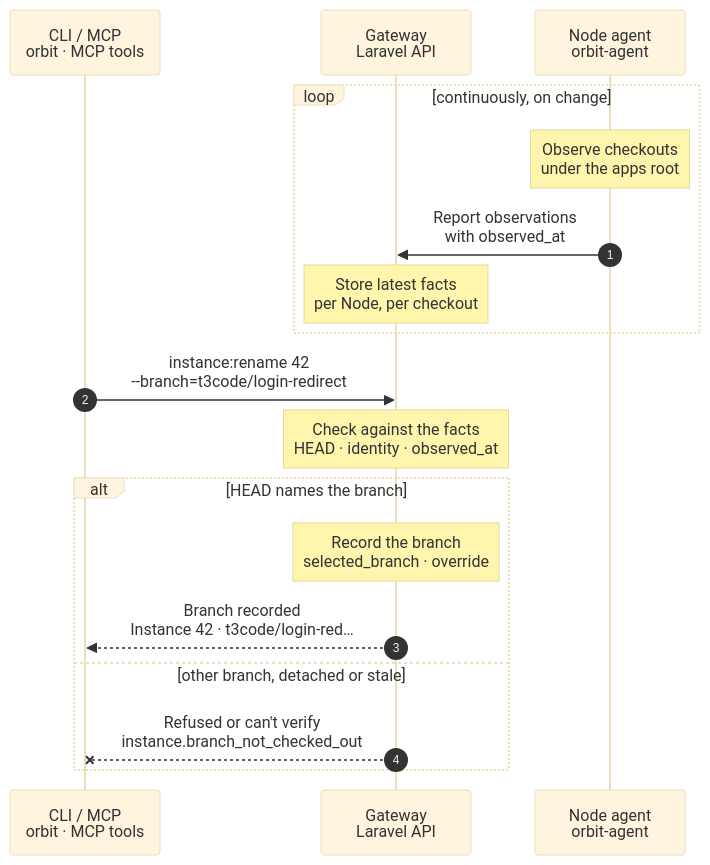
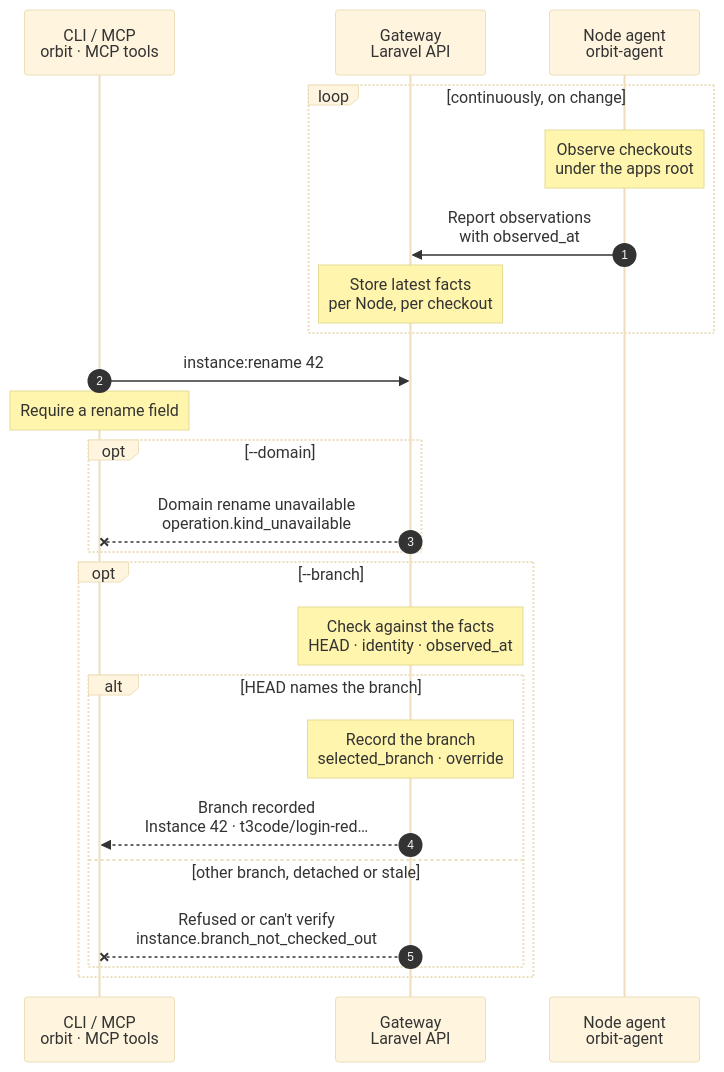
The diagram in docs/cli/instance/rename.mmd (hardimpactdev/orbit), drawn with Mermaid (base theme) before and after one commit. The commit also changed 11 other files, not shown here.

```diff
--- a/docs/cli/instance/rename.mmd
+++ b/docs/cli/instance/rename.mmd
@@ -1,71 +1,81 @@
 sequenceDiagram
   %% Target design: docs/cli/instance.mdx#orbit-instancerename, ADR 0244, R1 record-only; read-only rule (Nick 2026-11-02): the Gateway checks the Node agent's checkout facts, like instance:register.
   %% Tightened: flow-tighten 2026-11-02, rule 5 (its own example: rename records the branch the Node agent reported, with no run).
   %% Decided: Nick 2026-11-02, this chart is the ideal record-only flow. Implemented in the observer pass (agent 0.7.0, 2026-11-03).
   %% status: reviewed
   %% command: instance:rename
   %% kind: instance.rename
   autonumber
   %% lane CLI icon=terminal pill=caller tone=gray
   %% lane GW icon=gateway pill=intent tone=blue
   %% lane A icon=server pill=observer tone=amber
   participant CLI as CLI / MCP<br/>orbit · MCP tools
   participant GW as Gateway<br/>Laravel API
   participant A as Node agent<br/>orbit-agent
   loop continuously, on change
     Note over A: Observe checkouts<br/>under the apps root
     %%> What it observes:
     %%> - each Git checkout under `<apps-root>/<project-slug>/<name>`, Instance 42's included
     %%> - its top level, origin, symbolic `HEAD` and commit
     %%> How:
     %%> - event-driven, with inotify or FSEvents, on `.git/HEAD`, `refs/heads`, `packed-refs`, `config` and each worktree `HEAD`
     %%> - a full resync every 10 minutes and at agent start
     %%> Runs as:
     %%> - read-only; the Node agent never changes a Node
     A->>GW: Report observations<br/>with observed_at
     %%> What it sends:
     %%> - what changed since the last report, with the time it was observed
     Note over GW: Store latest facts<br/>per Node, per checkout
     %%> Result:
     %%> - the Gateway always has a recent picture of the checkouts on each app-dev Node
   end
-  CLI->>GW: instance:rename 42<br/>--branch=t3code/login-redirect
+  CLI->>GW: instance:rename 42
   %%> Command:
   %%> - `orbit instance:rename 42 --branch=t3code/login-redirect`
   %%> - syntax: `instance:rename <instance> --branch=BRANCH [--json]`
   %%> Input:
   %%> - a local branch you already checked out, for example after `git branch -m t3code/login-redirect`
   %%> Not included:
   %%> - it does not rename the Instance, move its directory or change Git `HEAD`
   %%> - `--domain` returns `operation.kind_unavailable`
-  Note over GW: Check against the facts<br/>HEAD · identity · observed_at
-  %%> Requirements:
-  %%> - Instance 42 is an active development checkout on Node 12
-  %%> - your Node has an access grant to Node 12
-  %%> - the branch is a valid local branch name
-  %%> Checks in the agent's latest report:
-  %%> - symbolic `HEAD` of Instance 42's checkout names `t3code/login-redirect`
-  %%> - the checkout still matches its recorded top level and origin
-  %%> - the report is fresh enough to trust
-  %%> Not needed:
-  %%> - no Swamp run and no SSH: the fact is already recorded (R1)
-  alt HEAD names the branch
-    Note over GW: Record the branch<br/>selected_branch · override
+  Note over CLI: Require a rename field
+  %%> Result:
+  %%> - with neither `--branch` nor `--domain`, returns `validation.failed`; no request is sent
+  opt --domain
+    GW--xCLI: Domain rename unavailable<br/>operation.kind_unavailable
     %%> Result:
-    %%> - `selected_branch` and `branch_override` of Instance 42 become `t3code/login-redirect`
-    %%> - recording the already recorded branch keeps its existing override
-    %%> - a dirty or unpublished branch can be recorded
-    GW-->>CLI: Branch recorded<br/>Instance 42 · t3code/login-red…
-    %%> What you get:
-    %%> - the final result at once; there is nothing to follow
-  else other branch, detached or stale
-    GW--xCLI: Refused or can't verify<br/>instance.branch_not_checked_out
-    %%> When:
-    %%> - symbolic `HEAD` names another branch or is detached
-    %%> - or the checkout no longer matches its recorded identity
-    %%> - or the latest report is too old: the refusal says it can't verify
-    %%> Result:
-    %%> - Instance 42 keeps its recorded branch; nothing is recorded
-    %%> Retry:
-    %%> - check out the branch, wait for the next agent report, then run `instance:rename` again
+    %%> - refuses before changing any field, also when `--branch` is supplied
   end
+  opt --branch
+    Note over GW: Check against the facts<br/>HEAD · identity · observed_at
+    %%> Requirements:
+    %%> - Instance 42 is an active development checkout on Node 12
+    %%> - your Node has an access grant to Node 12
+    %%> - the branch is a valid local branch name
+    %%> Checks in the agent's latest report:
+    %%> - symbolic `HEAD` of Instance 42's checkout names `t3code/login-redirect`
+    %%> - the checkout still matches its recorded top level and origin
+    %%> - the report is fresh enough to trust
+    %%> Not needed:
+    %%> - no Swamp run and no SSH: the fact is already recorded (R1)
+    alt HEAD names the branch
+      Note over GW: Record the branch<br/>selected_branch · override
+      %%> Result:
+      %%> - `selected_branch` and `branch_override` of Instance 42 become `t3code/login-redirect`
+      %%> - recording the already recorded branch keeps its existing override
+      %%> - a dirty or unpublished branch can be recorded
+      GW-->>CLI: Branch recorded<br/>Instance 42 · t3code/login-red…
+      %%> What you get:
+      %%> - the final result at once; there is nothing to follow
+    else other branch, detached or stale
+      GW--xCLI: Refused or can't verify<br/>instance.branch_not_checked_out
+      %%> When:
+      %%> - symbolic `HEAD` names another branch or is detached
+      %%> - or the checkout no longer matches its recorded identity
+      %%> - or the latest report is too old: the refusal says it can't verify
+      %%> Result:
+      %%> - Instance 42 keeps its recorded branch; nothing is recorded
+      %%> Retry:
+      %%> - check out the branch, wait for the next agent report, then run `instance:rename` again
+    end
+  end
```
